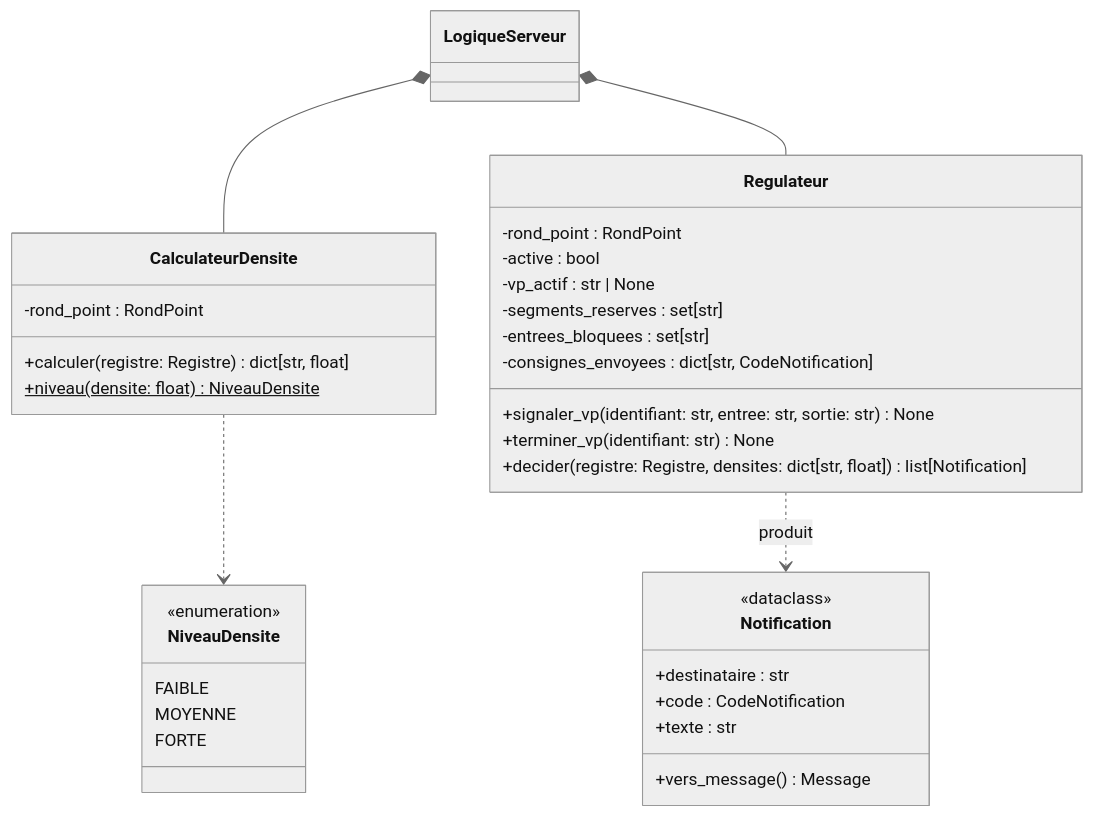
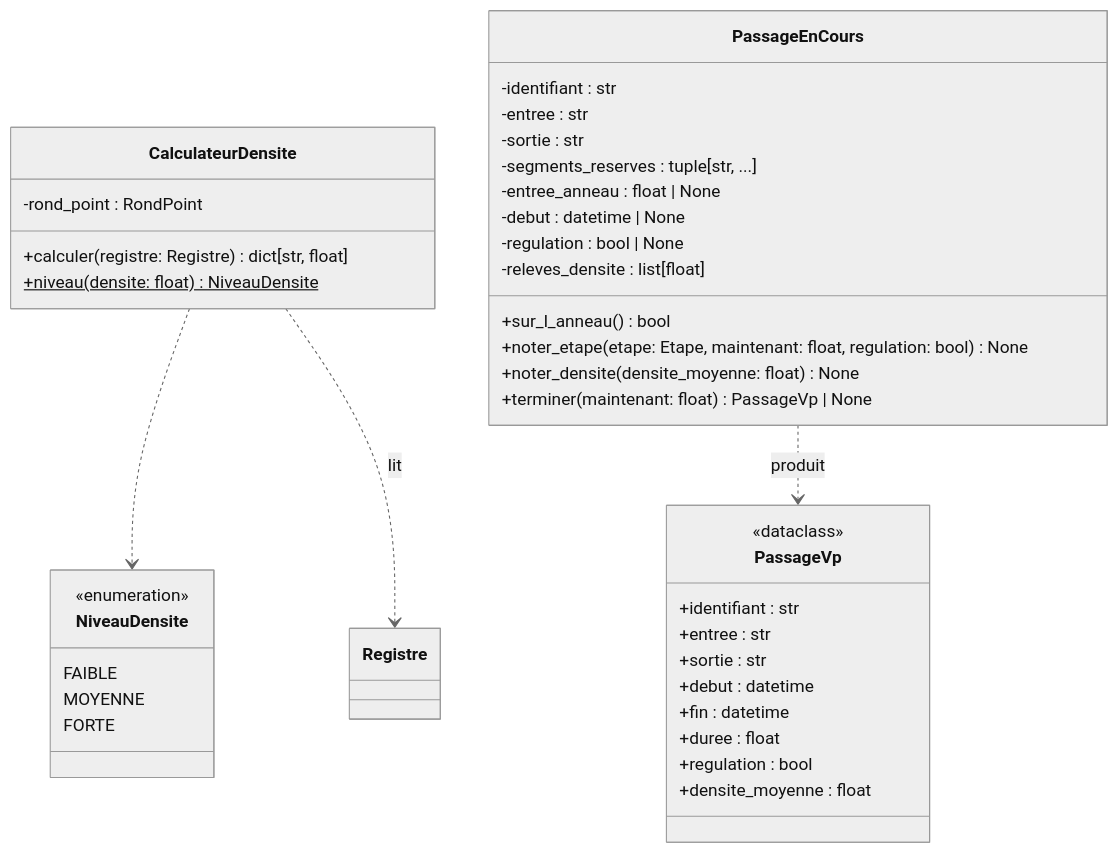
One commit to vRayzix/SAE3.02_Developper-une-application-communicante changed the seventh of 10 diagrams in docs/uml.md. Above: the diagram before and after it, drawn with Mermaid (neutral theme). The commit also changed other lines of this file, not shown here.

Commit message:
docs(uml): étape du trajet, densité et passages des véhicules prioritaires

````diff
--- a/docs/uml.md
+++ b/docs/uml.md
@@ -436,40 +449,46 @@
 ```mermaid
 classDiagram
     class NiveauDensite {
         <<enumeration>>
         FAIBLE
         MOYENNE
         FORTE
     }
 
     class CalculateurDensite {
         -rond_point : RondPoint
         +calculer(registre: Registre) dict[str, float]
         +niveau(densite: float) NiveauDensite$
     }
 
-    class Regulateur {
-        -rond_point : RondPoint
-        -active : bool
-        -vp_actif : str | None
-        -segments_reserves : set[str]
-        -entrees_bloquees : set[str]
-        -consignes_envoyees : dict[str, CodeNotification]
-        +signaler_vp(identifiant: str, entree: str, sortie: str) None
-        +terminer_vp(identifiant: str) None
-        +decider(registre: Registre, densites: dict[str, float]) list[Notification]
+    class PassageEnCours {
+        -identifiant : str
+        -entree : str
+        -sortie : str
+        -segments_reserves : tuple[str, ...]
+        -entree_anneau : float | None
+        -debut : datetime | None
+        -regulation : bool | None
+        -releves_densite : list[float]
+        +sur_l_anneau() bool
+        +noter_etape(etape: Etape, maintenant: float, regulation: bool) None
+        +noter_densite(densite_moyenne: float) None
+        +terminer(maintenant: float) PassageVp | None
     }
 
-    class Notification {
+    class PassageVp {
         <<dataclass>>
-        +destinataire : str
-        +code : CodeNotification
-        +texte : str
-        +vers_message() Message
+        +identifiant : str
+        +entree : str
+        +sortie : str
+        +debut : datetime
+        +fin : datetime
+        +duree : float
+        +regulation : bool
+        +densite_moyenne : float
     }
 
-    LogiqueServeur *-- CalculateurDensite
-    LogiqueServeur *-- Regulateur
     CalculateurDensite ..> NiveauDensite
-    Regulateur ..> Notification : produit
+    CalculateurDensite ..> Registre : lit
+    PassageEnCours ..> PassageVp : produit
 ```
````
